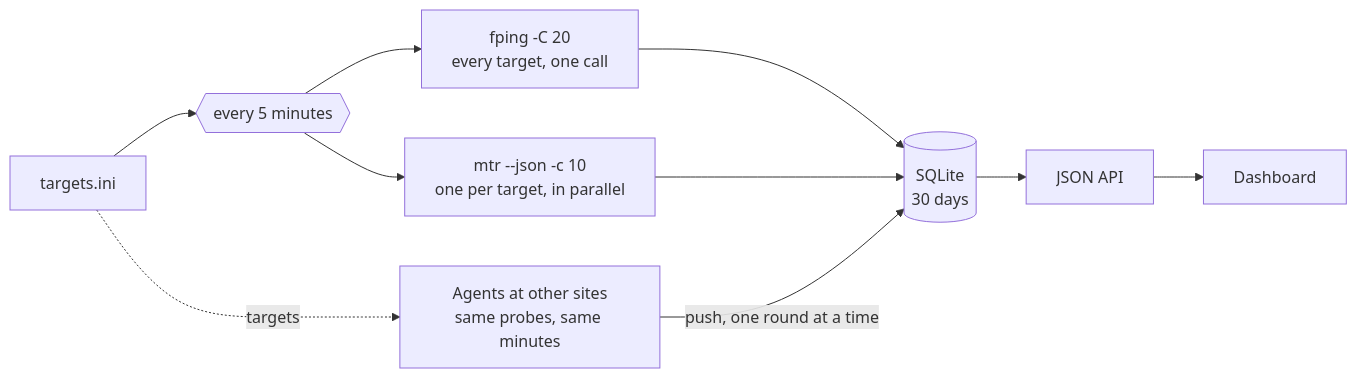
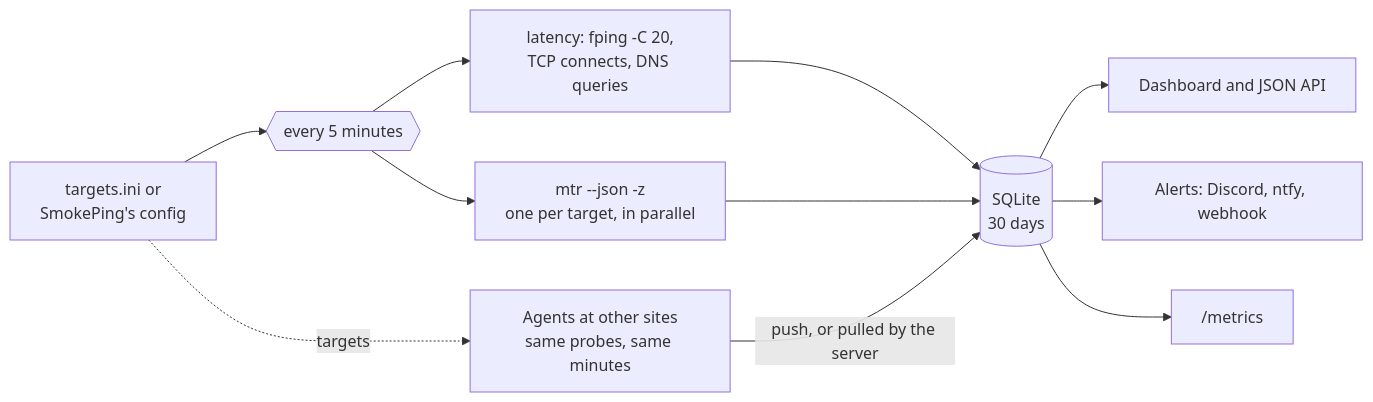
Before and after one commit to ST-DEVPT/smoketrace: the diagram in README.md, drawn with Mermaid. The commit also changed other lines of this file and 3 other files, not shown here.

Commit message:
SmokePing config from another container: folder layouts, /config/... paths, missing includes skipped; DNS traces without a fixed flow

````diff
--- a/README.md
+++ b/README.md
@@ -260,11 +345,13 @@
 ```mermaid
 flowchart LR
-  T["targets.ini"] --> R{{"every 5 minutes"}}
-  R --> F["fping -C 20<br>every target, one call"]
-  R --> M["mtr --json -c 10<br>one per target, in parallel"]
+  T["targets.ini or<br>SmokePing's config"] --> R{{"every 5 minutes"}}
+  R --> F["latency: fping -C 20,<br>TCP connects, DNS queries"]
+  R --> M["mtr --json -z<br>one per target, in parallel"]
   F --> DB[("SQLite<br>30 days")]
   M --> DB
-  AG["Agents at other sites<br>same probes, same minutes"] -- "push, one round at a time" --> DB
+  AG["Agents at other sites<br>same probes, same minutes"] -- "push, or pulled by the server" --> DB
   T -. "targets" .-> AG
-  DB --> A["JSON API"] --> U["Dashboard"]
+  DB --> A["Dashboard and JSON API"]
+  DB --> AL["Alerts: Discord, ntfy, webhook"]
+  DB --> P["/metrics"]
 ```
````
